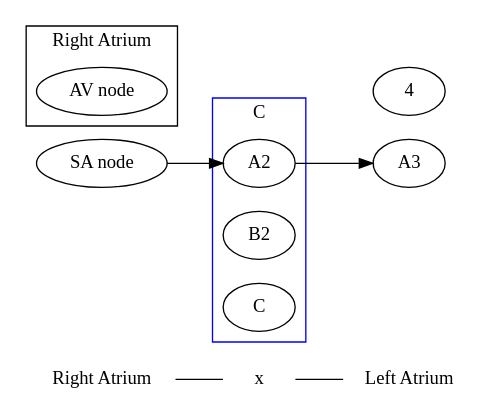
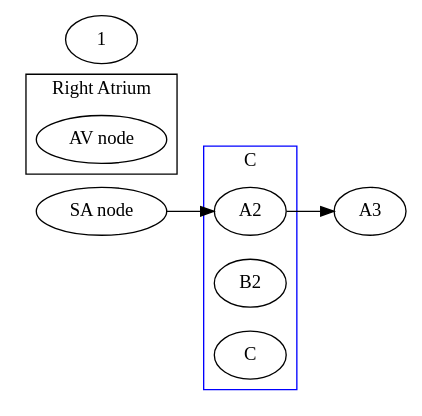
The second of 2 diagrams in NURS380_Practicum/Topics/EKG/EKG and Rhythms.md (meirisoda/school_spring2024), drawn with Graphviz before and after one commit.

Commit message:
vault backup: 2024-02-19 17:47:27

````diff
--- a/NURS380_Practicum/Topics/EKG/EKG and Rhythms.md
+++ b/NURS380_Practicum/Topics/EKG/EKG and Rhythms.md
@@ -209,36 +209,31 @@
 ```dot
 digraph g{
 	rankdir = LR;
 	node [shape = none]
-	1 [label="Right Atrium"];
-	2 [label="x"];
-	3 [label="Left Atrium"];
-	
-	1->2->3[arrowhead=none]
 	
 	node [shape = ellipse]
 	
 	A->A2->A3;
 
 	subgraph cluster0{
 		shape=rect;
 		rank=same;
 		A [label="SA node"];
 		B [label="AV node"];
 		label="Right Atrium";
 	}
 	
 	subgraph cluster1{
 		shape = rect;
 		rank=same;
 		A2;
 		B2;
 		C;
 		color=blue;
 		label="C";
 	}
 	
 	{ rank=same; 1; A;}
-	{ rank=same; 4; A3;}
+	{ rank=same;  A3;}
 }
 ```
````
